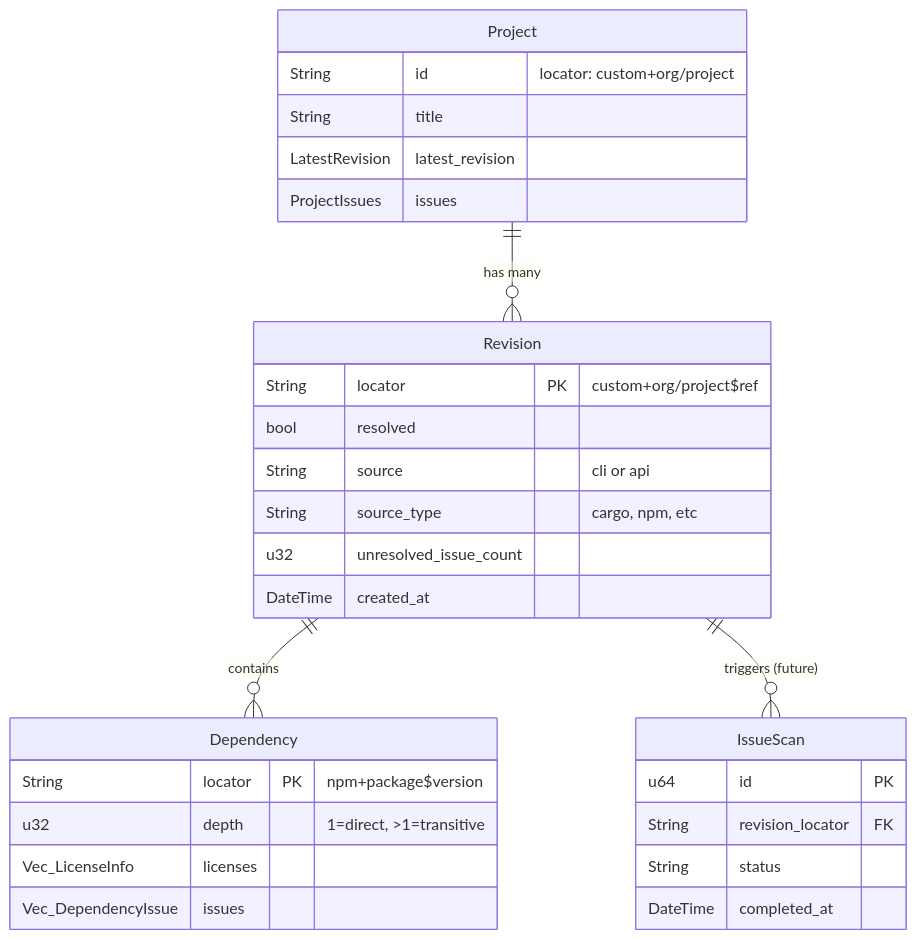
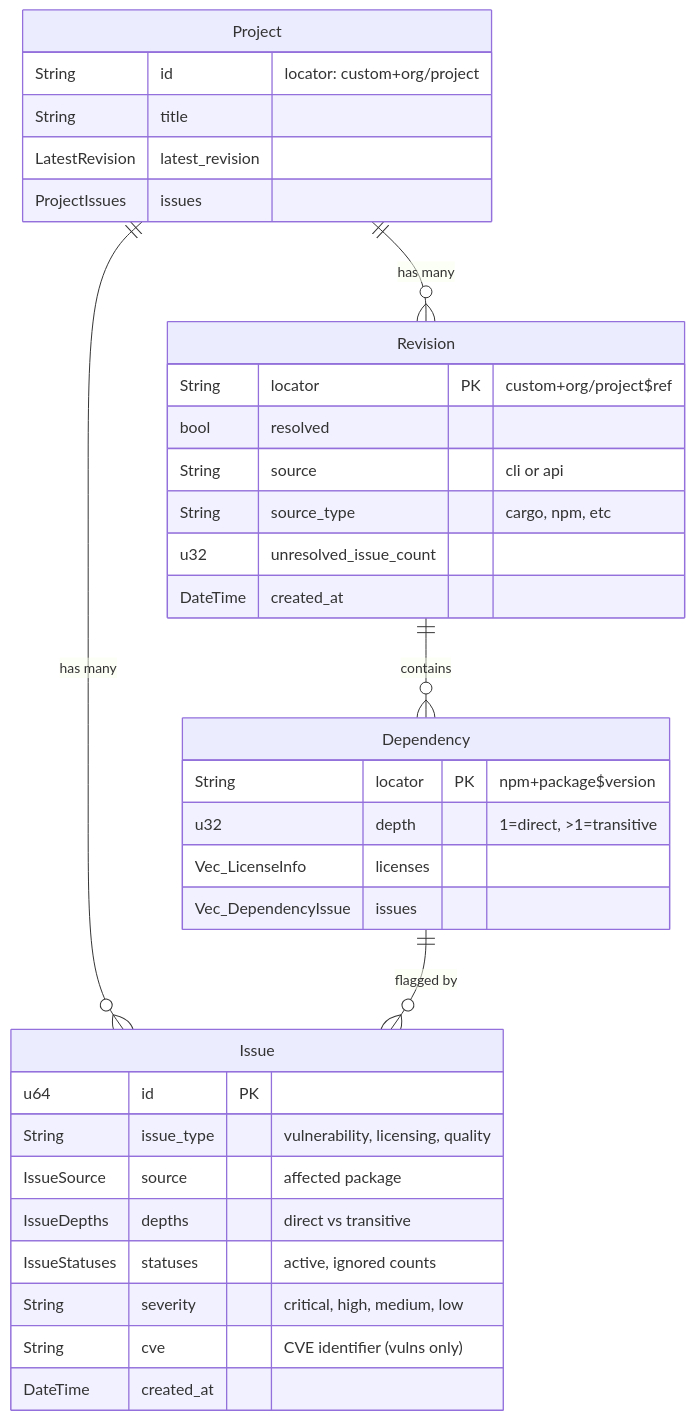
Before and after one commit to fossas/fossapi: the diagram in CLAUDE.md, drawn with Mermaid. The commit also changed other lines of this file and 5 other files, not shown here.

````diff
--- a/CLAUDE.md
+++ b/CLAUDE.md
@@ -52,36 +52,41 @@
 ```mermaid
 erDiagram
     Project ||--o{ Revision : "has many"
+    Project ||--o{ Issue : "has many"
     Revision ||--o{ Dependency : "contains"
-    Revision ||--o{ IssueScan : "triggers (future)"
+    Dependency ||--o{ Issue : "flagged by"
 
     Project {
         String id "locator: custom+org/project"
         String title
         LatestRevision latest_revision
         ProjectIssues issues
     }
 
     Revision {
         String locator PK "custom+org/project$ref"
         bool resolved
         String source "cli or api"
         String source_type "cargo, npm, etc"
         u32 unresolved_issue_count
         DateTime created_at
     }
 
     Dependency {
         String locator PK "npm+package$version"
         u32 depth "1=direct, >1=transitive"
         Vec_LicenseInfo licenses
         Vec_DependencyIssue issues
     }
 
-    IssueScan {
+    Issue {
         u64 id PK
-        String revision_locator FK
-        String status
-        DateTime completed_at
+        String issue_type "vulnerability, licensing, quality"
+        IssueSource source "affected package"
+        IssueDepths depths "direct vs transitive"
+        IssueStatuses statuses "active, ignored counts"
+        String severity "critical, high, medium, low"
+        String cve "CVE identifier (vulns only)"
+        DateTime created_at
     }
 ```
````
